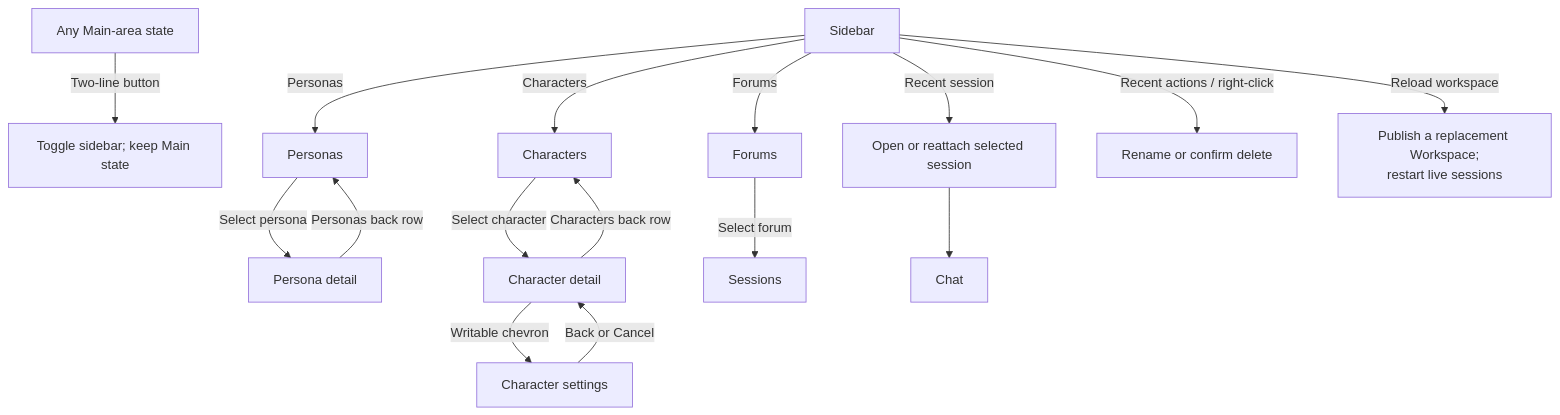
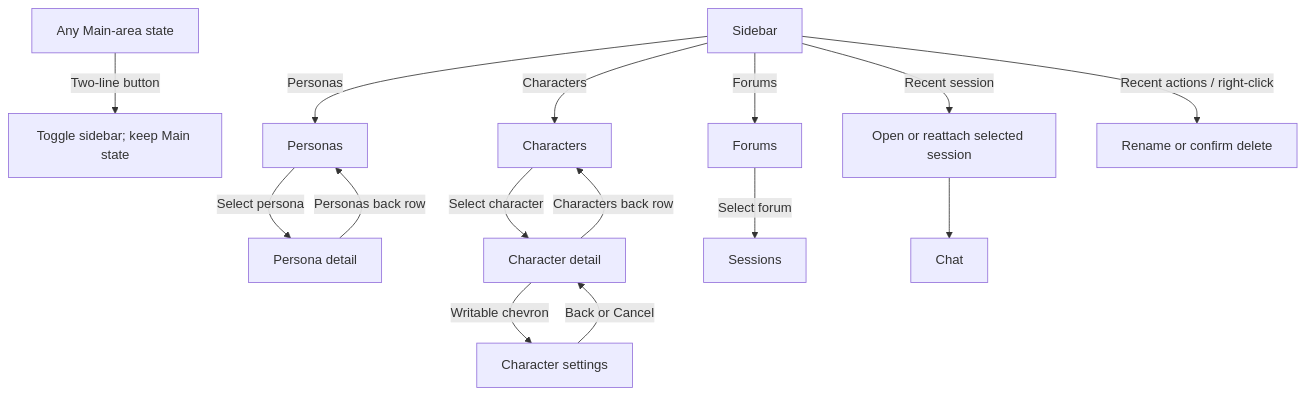
One commit to michaelpopov/cha changed the first of 7 diagrams in docs/web-ui/flows.md. Above: the diagram before and after it, drawn with Mermaid. The commit also changed other lines of this file and 43 other files, not shown here.

````diff
--- a/docs/web-ui/flows.md
+++ b/docs/web-ui/flows.md
@@ -7,18 +7,17 @@
 ```mermaid
 flowchart TD
     Main["Any Main-area state"] -->|"Two-line button"| Toggle["Toggle sidebar; keep Main state"]
     Sidebar["Sidebar"] -->|"Personas"| Personas["Personas"]
     Sidebar -->|"Characters"| Characters["Characters"]
     Sidebar -->|"Forums"| Forums["Forums"]
     Sidebar -->|"Recent session"| Open["Open or reattach selected session"]
     Sidebar -->|"Recent actions / right-click"| Maintain["Rename or confirm delete"]
-    Sidebar -->|"Reload workspace"| Reload["Publish a replacement Workspace;<br/>restart live sessions"]
     Personas -->|"Select persona"| PersonaDetail["Persona detail"]
     PersonaDetail -->|"Personas back row"| Personas
     Characters -->|"Select character"| Detail["Character detail"]
     Detail -->|"Characters back row"| Characters
     Detail -->|"Writable chevron"| Settings["Character settings"]
     Settings -->|"Back or Cancel"| Detail
     Forums -->|"Select forum"| Sessions["Sessions"]
     Open --> Chat["Chat"]
 ```
````
